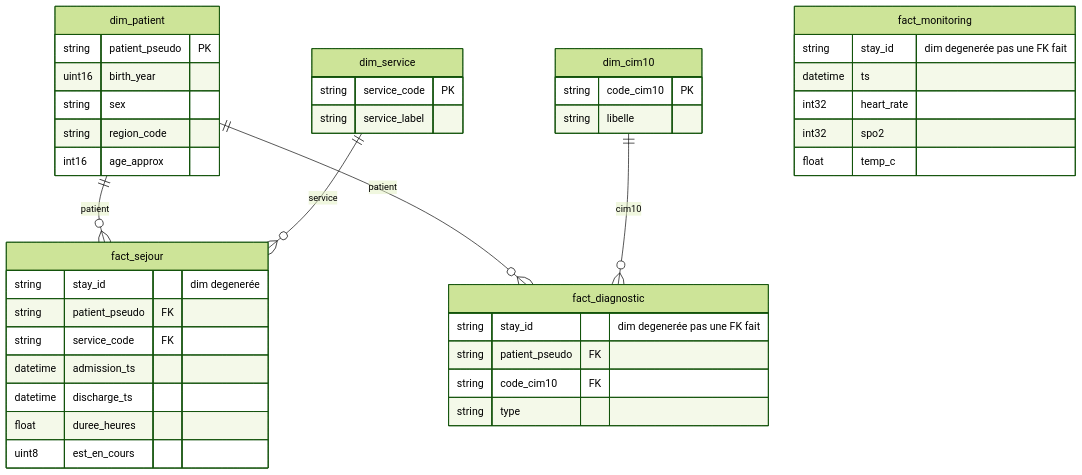
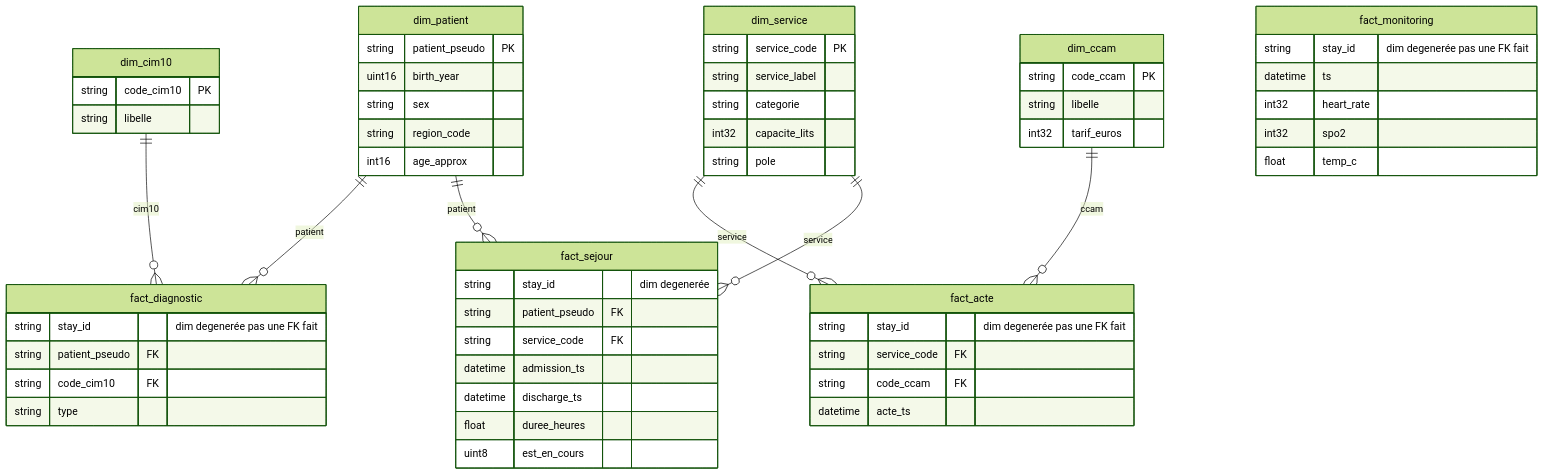
The diagram in docs/modele-silver.md (theo-code33/big-data-chu), drawn with Mermaid (forest theme) before and after one commit. The commit also changed other lines of this file and 4 other files, not shown here.

````diff
--- a/docs/modele-silver.md
+++ b/docs/modele-silver.md
@@ -23,45 +25,61 @@
 ```mermaid
 erDiagram
     dim_patient {
         string patient_pseudo PK
         uint16 birth_year
         string sex
         string region_code
         int16 age_approx
     }
     dim_service {
         string service_code PK
         string service_label
+        string categorie
+        int32 capacite_lits
+        string pole
     }
     dim_cim10 {
         string code_cim10 PK
         string libelle
+    }
+    dim_ccam {
+        string code_ccam PK
+        string libelle
+        int32 tarif_euros
     }
     fact_sejour {
         string stay_id "dim degenerée"
         string patient_pseudo FK
         string service_code FK
         datetime admission_ts
         datetime discharge_ts
         float duree_heures
         uint8 est_en_cours
     }
     fact_diagnostic {
         string stay_id "dim degenerée pas une FK fait"
         string patient_pseudo FK
         string code_cim10 FK
         string type
     }
     fact_monitoring {
         string stay_id "dim degenerée pas une FK fait"
         datetime ts
         int32 heart_rate
         int32 spo2
         float temp_c
     }
+    fact_acte {
+        string stay_id "dim degenerée pas une FK fait"
+        string service_code FK
+        string code_ccam FK
+        datetime acte_ts
+    }
 
     dim_patient ||--o{ fact_sejour : patient
     dim_service ||--o{ fact_sejour : service
     dim_patient ||--o{ fact_diagnostic : patient
     dim_cim10 ||--o{ fact_diagnostic : cim10
+    dim_service ||--o{ fact_acte : service
+    dim_ccam ||--o{ fact_acte : ccam
 ```
````
